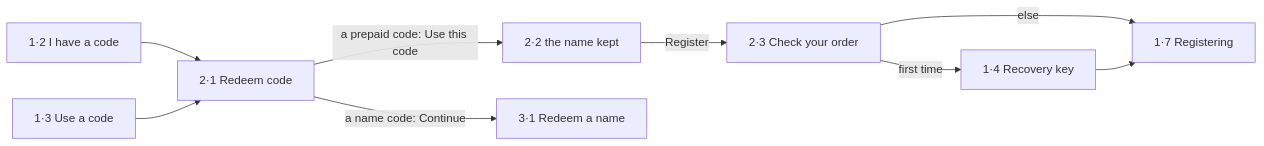
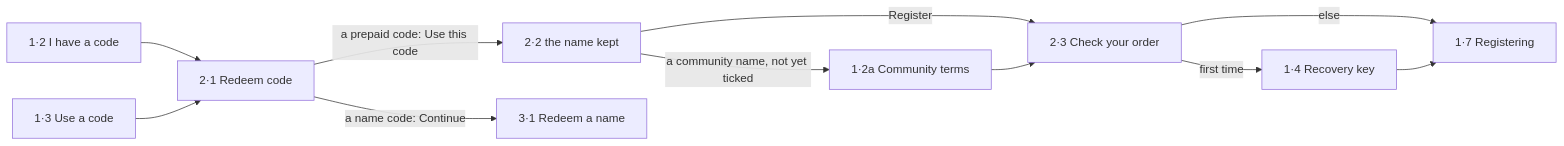
Before and after one commit to simplex-chat/simplex-chat: the second of 2 diagrams in plans/2026-10-30-names-in-app-purchases.md, drawn with Mermaid. The commit also changed other lines of this file, not shown here.

Commit message:
docs: names plan guards the recovery words with the device's own check

````diff
--- a/plans/2026-10-30-names-in-app-purchases.md
+++ b/plans/2026-10-30-names-in-app-purchases.md
@@ -579,11 +584,13 @@
 ```mermaid
 flowchart LR
   search["1·2 I have a code"] --> redeem["2·1 Redeem code"]
   order["1·3 Use a code"] --> redeem
   redeem -->|"a prepaid code: Use this code"| named["2·2 the name kept"]
   redeem -->|"a name code: Continue"| site["3·1 Redeem a name"]
   named -->|Register| check["2·3 Check your order"]
+  named -->|"a community name, not yet ticked"| terms["1·2a Community terms"]
+  terms --> check
   check -->|first time| key["1·4 Recovery key"]
   check -->|else| registering["1·7 Registering"]
   key --> registering
 ```
````
